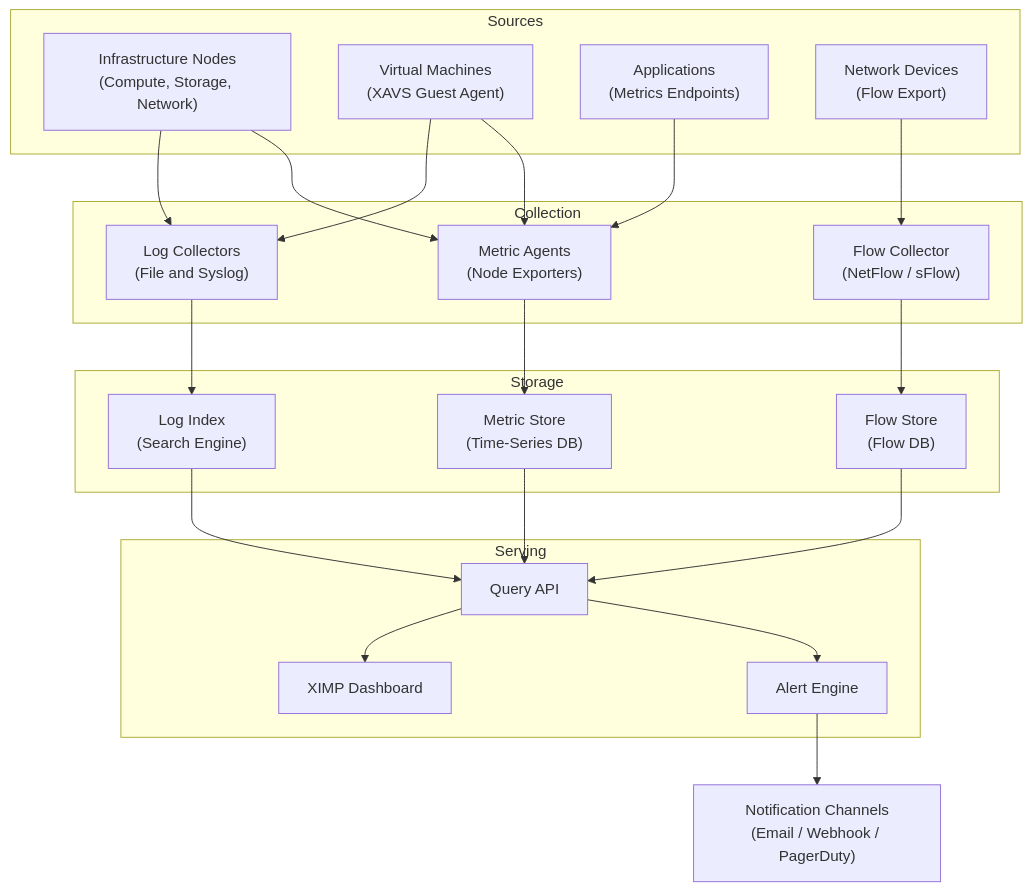
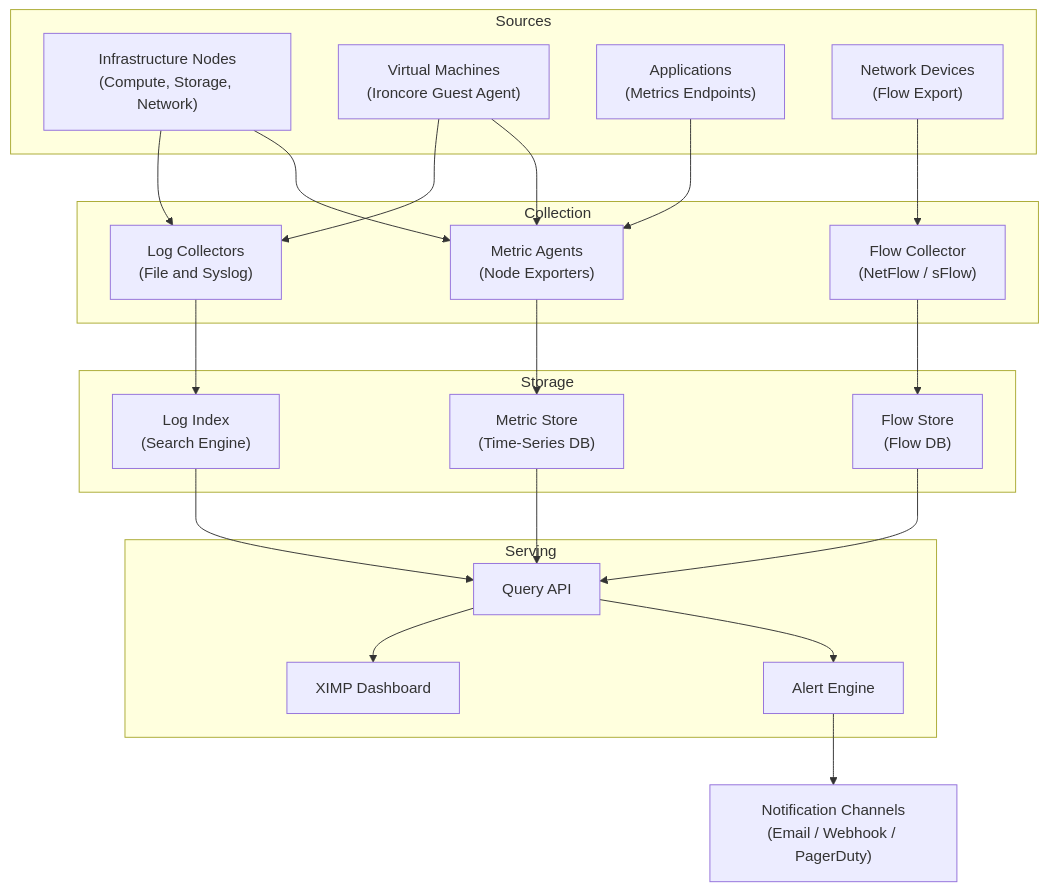
Before and after one commit to ankur-kumar87/docs-polystack: the diagram in services/monitoring/admin-guide/architecture.mdx, drawn with Mermaid. The commit also changed other lines of this file and 425 other files, not shown here.

````diff
--- a/services/monitoring/admin-guide/architecture.mdx
+++ b/services/monitoring/admin-guide/architecture.mdx
@@ -57,38 +57,38 @@
 ```mermaid
 graph TD
     subgraph Sources
         A["Infrastructure Nodes\n(Compute, Storage, Network)"]
-        B["Virtual Machines\n(XAVS Guest Agent)"]
+        B["Virtual Machines\n(Ironcore Guest Agent)"]
         C["Applications\n(Metrics Endpoints)"]
         D["Network Devices\n(Flow Export)"]
     end
 
     subgraph Collection
         E["Metric Agents\n(Node Exporters)"]
         F["Log Collectors\n(File and Syslog)"]
         G["Flow Collector\n(NetFlow / sFlow)"]
     end
 
     subgraph Storage
         H["Metric Store\n(Time-Series DB)"]
         I["Log Index\n(Search Engine)"]
         J["Flow Store\n(Flow DB)"]
     end
 
     subgraph Serving
         K["Query API"]
         L["Alert Engine"]
         M["XIMP Dashboard"]
     end
 
     A --> E & F
     B --> E & F
     C --> E
     D --> G
     E --> H
     F --> I
     G --> J
     H & I & J --> K
     K --> L & M
     L --> N["Notification Channels\n(Email / Webhook / PagerDuty)"]
 ```
````
